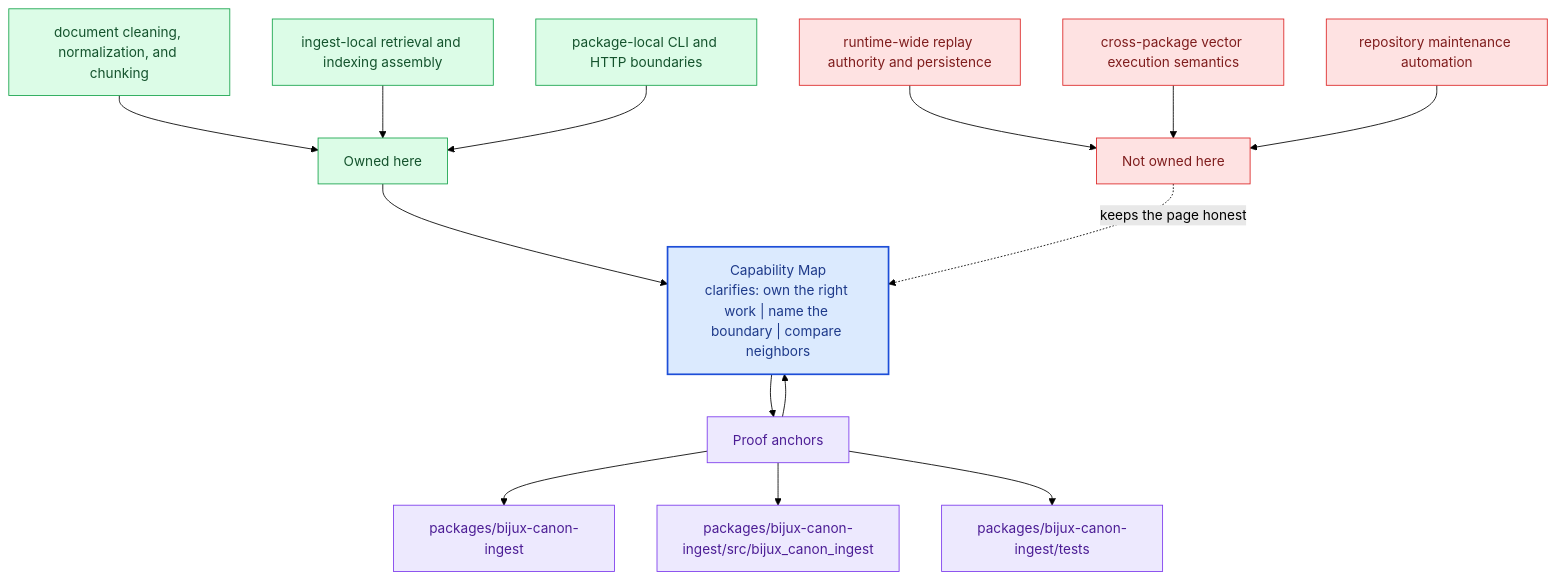
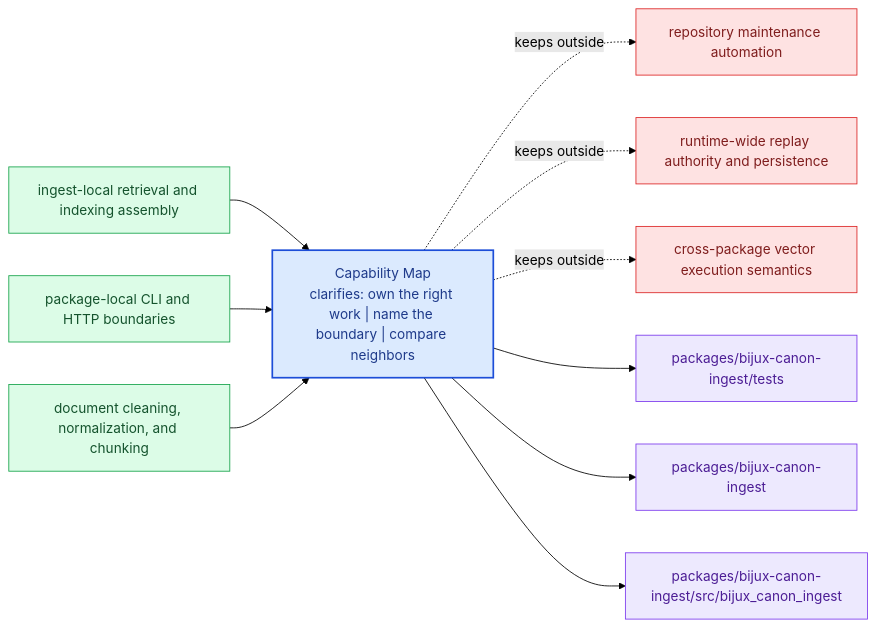
Before and after one commit to bijux/bijux-canon: the diagram in docs/bijux-canon-ingest/foundation/capability-map.md, drawn with Mermaid (forest theme). The commit also changed other lines of this file and 281 other files, not shown here.

Commit message:
docs(diagrams): replace repeated mermaid scaffolds with page-specific summaries

````diff
--- a/docs/bijux-canon-ingest/foundation/capability-map.md
+++ b/docs/bijux-canon-ingest/foundation/capability-map.md
@@ -68,40 +23,31 @@
 ```mermaid
-flowchart TB
-    promise["Capability Map<br/>clarifies: own the right work | name the boundary | compare neighbors"]
-    classDef promise fill:#dbeafe,stroke:#1d4ed8,color:#1e3a8a,stroke-width:2px;
-    classDef driver fill:#dcfce7,stroke:#16a34a,color:#14532d;
-    classDef constraint fill:#fee2e2,stroke:#dc2626,color:#7f1d1d;
-    classDef ground fill:#ede9fe,stroke:#7c3aed,color:#4c1d95;
-    focus1["Owned here"]
-    focus1 --> promise
-    focus1_1["document cleaning, normalization, and chunking"]
-    focus1_1 --> focus1
-    focus1_2["ingest-local retrieval and indexing assembly"]
-    focus1_2 --> focus1
-    focus1_3["package-local CLI and HTTP boundaries"]
-    focus1_3 --> focus1
-    class focus1 driver;
-    class focus1_1,focus1_2,focus1_3 driver;
-    focus2["Not owned here"]
-    focus2 -.keeps the page honest.-> promise
-    focus2_1["runtime-wide replay authority and persistence"]
-    focus2_1 --> focus2
-    focus2_2["cross-package vector execution semantics"]
-    focus2_2 --> focus2
-    focus2_3["repository maintenance automation"]
-    focus2_3 --> focus2
-    class focus2 constraint;
-    class focus2_1,focus2_2,focus2_3 constraint;
-    focus3["Proof anchors"]
-    focus3 --> promise
-    promise --> focus3
-    focus3_1["packages/bijux-canon-ingest"]
-    focus3 --> focus3_1
-    focus3_2["packages/bijux-canon-ingest/src/bijux_canon_ingest"]
-    focus3 --> focus3_2
-    focus3_3["packages/bijux-canon-ingest/tests"]
-    focus3 --> focus3_3
-    class focus3 ground;
-    class focus3_1,focus3_2,focus3_3 ground;
-    class promise promise;
+flowchart LR
+    page["Capability Map<br/>clarifies: own the right work | name the boundary | compare neighbors"]
+    classDef page fill:#dbeafe,stroke:#1d4ed8,color:#1e3a8a,stroke-width:2px;
+    classDef positive fill:#dcfce7,stroke:#16a34a,color:#14532d;
+    classDef caution fill:#fee2e2,stroke:#dc2626,color:#7f1d1d;
+    classDef anchor fill:#ede9fe,stroke:#7c3aed,color:#4c1d95;
+    classDef action fill:#fef3c7,stroke:#d97706,color:#7c2d12;
+    own1["ingest-local retrieval and indexing assembly"]
+    own1 --> page
+    own2["package-local CLI and HTTP boundaries"]
+    own2 --> page
+    own3["document cleaning, normalization, and chunking"]
+    own3 --> page
+    limit1["repository maintenance automation"]
+    page -.keeps outside.-> limit1
+    limit2["runtime-wide replay authority and persistence"]
+    page -.keeps outside.-> limit2
+    limit3["cross-package vector execution semantics"]
+    page -.keeps outside.-> limit3
+    anchor1["packages/bijux-canon-ingest/tests"]
+    page --> anchor1
+    anchor2["packages/bijux-canon-ingest"]
+    page --> anchor2
+    anchor3["packages/bijux-canon-ingest/src/bijux_canon_ingest"]
+    page --> anchor3
+    class page page;
+    class own1,own2,own3 positive;
+    class limit1,limit2,limit3 caution;
+    class anchor1,anchor2,anchor3 anchor;
 ```
````
